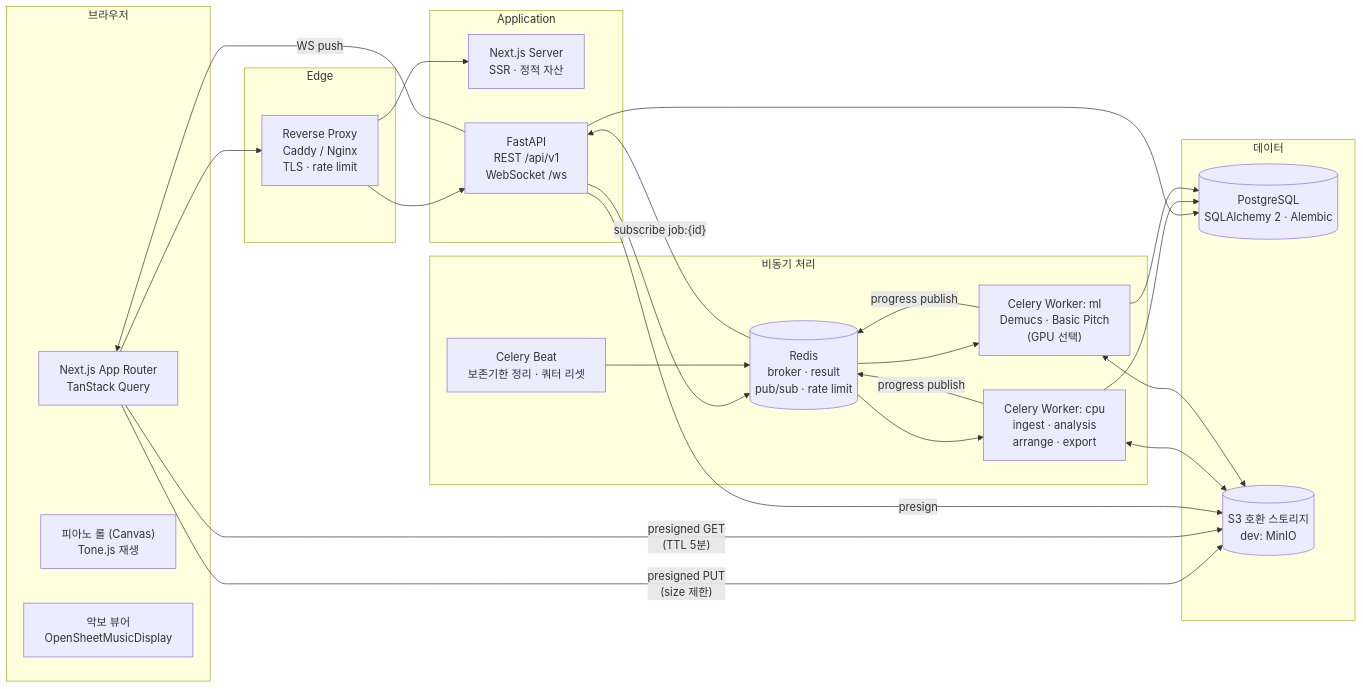
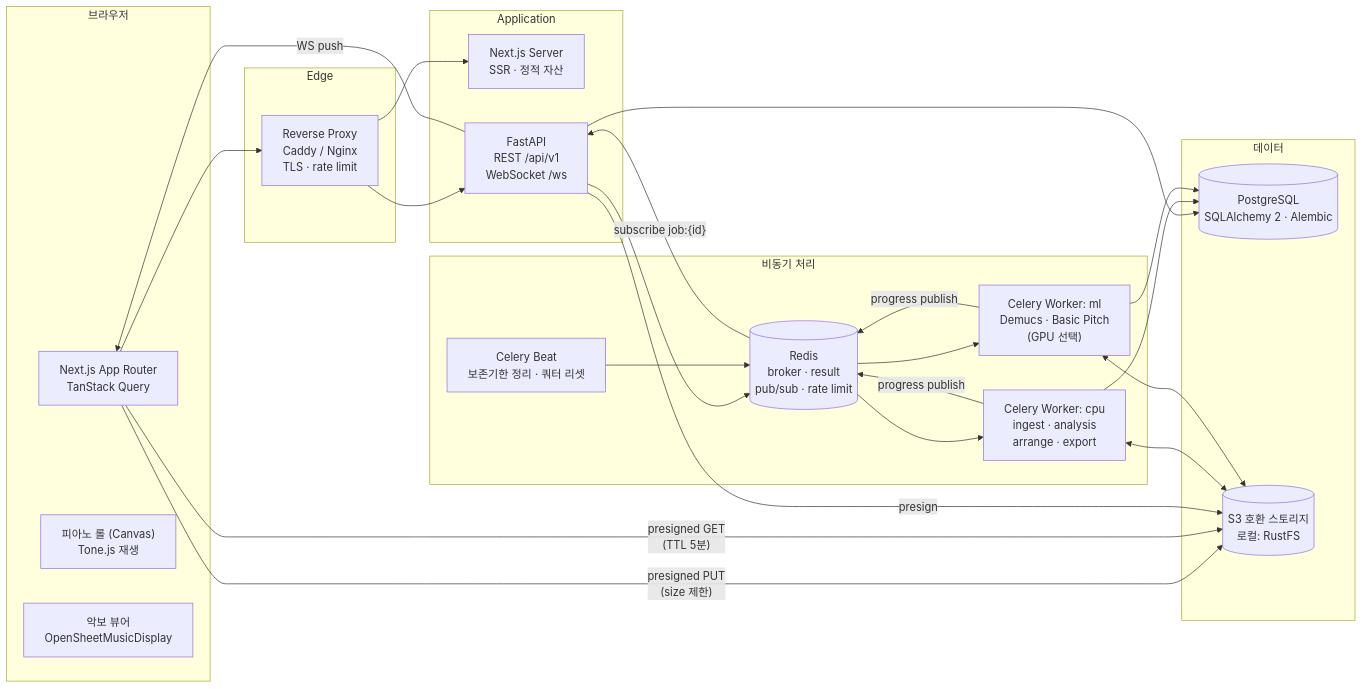
One commit to Ppooaadd/Both changed the first of 6 diagrams in docs/architecture.md. Above: the diagram before and after it, drawn with Mermaid. The commit also changed other lines of this file and 19 other files, not shown here.

````diff
--- a/docs/architecture.md
+++ b/docs/architecture.md
@@ -15,49 +15,49 @@
 ```mermaid
 flowchart LR
     subgraph Client["브라우저"]
         UI["Next.js App Router<br/>TanStack Query"]
         PR["피아노 롤 (Canvas)<br/>Tone.js 재생"]
         SV["악보 뷰어<br/>OpenSheetMusicDisplay"]
     end
 
     subgraph Edge["Edge"]
         RP["Reverse Proxy<br/>Caddy / Nginx<br/>TLS · rate limit"]
     end
 
     subgraph App["Application"]
         WEB["Next.js Server<br/>SSR · 정적 자산"]
         API["FastAPI<br/>REST /api/v1<br/>WebSocket /ws"]
     end
 
     subgraph Async["비동기 처리"]
         RB[("Redis<br/>broker · result<br/>pub/sub · rate limit")]
         WCPU["Celery Worker: cpu<br/>ingest · analysis<br/>arrange · export"]
         WGPU["Celery Worker: ml<br/>Demucs · Basic Pitch<br/>(GPU 선택)"]
         BEAT["Celery Beat<br/>보존기한 정리 · 쿼터 리셋"]
     end
 
     subgraph Data["데이터"]
         PG[("PostgreSQL<br/>SQLAlchemy 2 · Alembic")]
-        S3[("S3 호환 스토리지<br/>dev: MinIO")]
+        S3[("S3 호환 스토리지<br/>로컬: RustFS")]
     end
 
     UI --> RP
     RP --> WEB
     RP --> API
     UI -- "presigned PUT<br/>(size 제한)" --> S3
     UI -- "presigned GET<br/>(TTL 5분)" --> S3
     API --> PG
     API --> RB
     API -- "presign" --> S3
     RB --> WCPU
     RB --> WGPU
     BEAT --> RB
     WCPU --> PG
     WGPU --> PG
     WCPU <--> S3
     WGPU <--> S3
     WCPU -- "progress publish" --> RB
     WGPU -- "progress publish" --> RB
     RB -- "subscribe job:{id}" --> API
     API -- "WS push" --> UI
 ```
````
